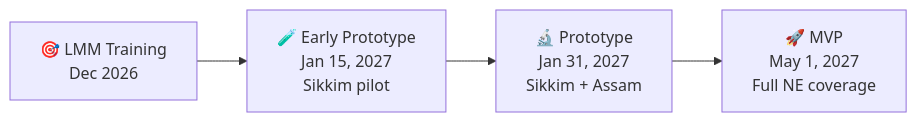
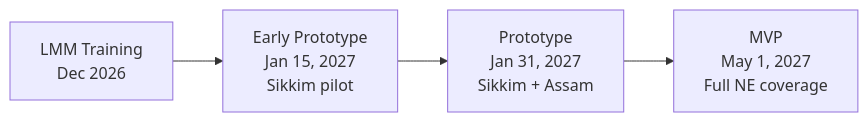
The second of 2 diagrams in README.md (Vysh-131/LMM), drawn with Mermaid before and after one commit. The commit also changed other lines of this file, not shown here.

````diff
--- a/README.md
+++ b/README.md
@@ -207,6 +207,6 @@
 ```mermaid
 flowchart LR
-    A["🎯 LMM Training\nDec 2026"] --> B["🧪 Early Prototype\nJan 15, 2027\nSikkim pilot"]
-    B --> C["🔬 Prototype\nJan 31, 2027\nSikkim + Assam"]
-    C --> D["🚀 MVP\nMay 1, 2027\nFull NE coverage"]
+    A["LMM Training\nDec 2026"] --> B["Early Prototype\nJan 15, 2027\nSikkim pilot"]
+    B --> C["Prototype\nJan 31, 2027\nSikkim + Assam"]
+    C --> D["MVP\nMay 1, 2027\nFull NE coverage"]
 ```
````
